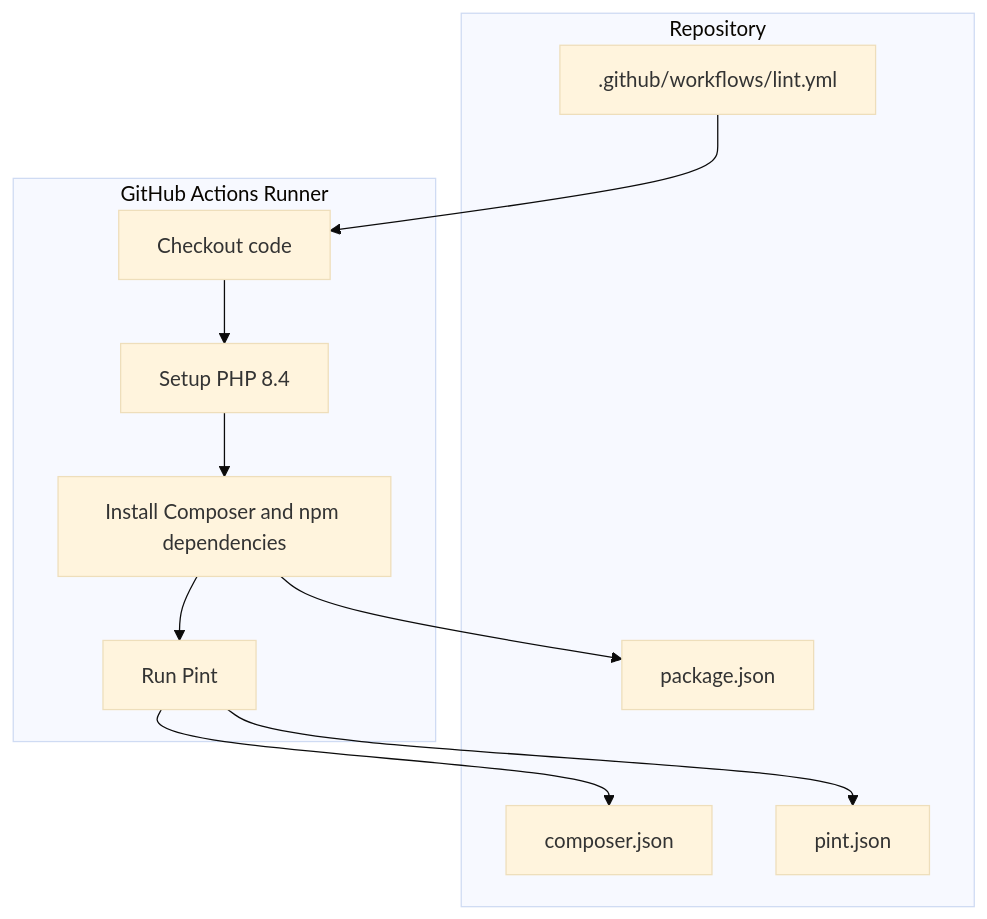
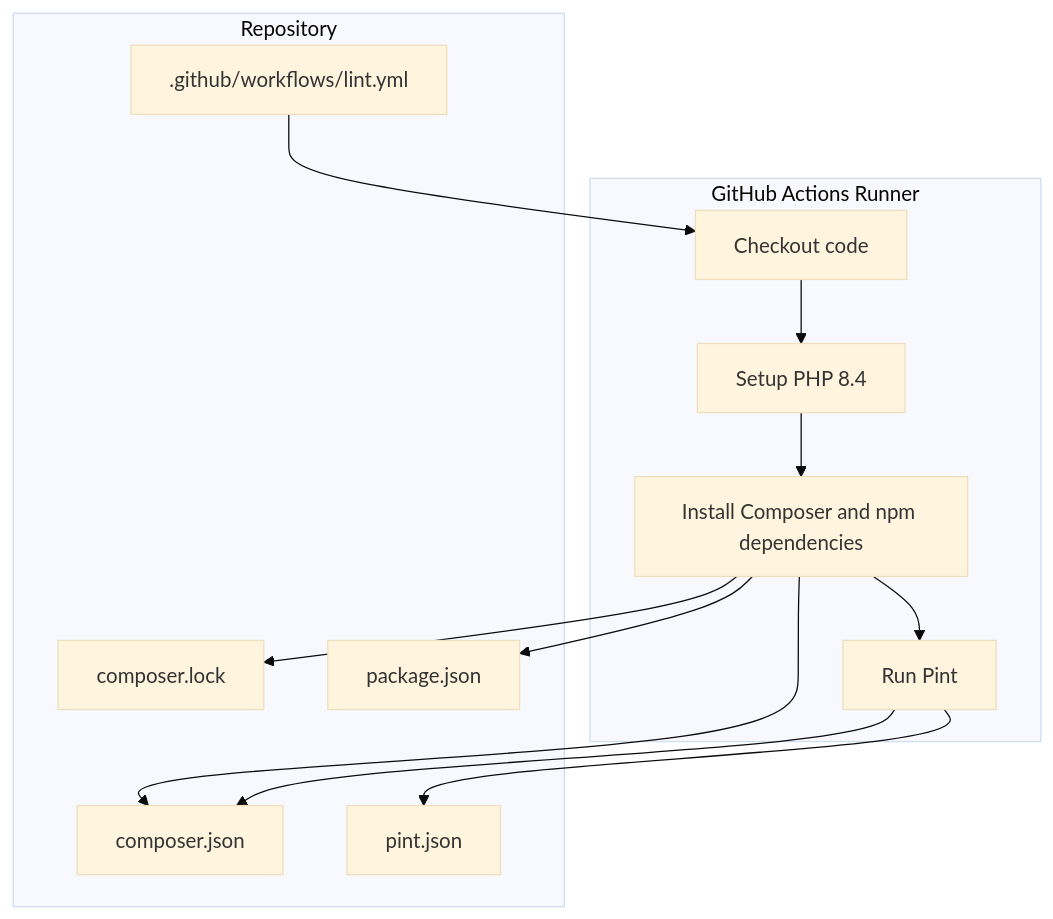
Before and after one commit to Seaseole/Highblossom: the first of 8 diagrams in .qoder/repowiki/en/content/Deployment & DevOps/Deployment Strategies & CI_CD/CI_CD Pipeline Configuration.md, drawn with Mermaid (base theme). The commit also changed other lines of this file and 833 other files, not shown here.

````diff
--- a/.qoder/repowiki/en/content/Deployment & DevOps/Deployment Strategies & CI_CD/CI_CD Pipeline Configuration.md
+++ b/.qoder/repowiki/en/content/Deployment & DevOps/Deployment Strategies & CI_CD/CI_CD Pipeline Configuration.md
@@ -31,21 +39,24 @@
 ```mermaid
 graph TB
   subgraph "Repository"
     GH[".github/workflows/lint.yml"]
     COMPOSER["composer.json"]
+    LOCK["composer.lock"]
     PINT["pint.json"]
     NPM["package.json"]
   end
 
   subgraph "GitHub Actions Runner"
     CHECKOUT["Checkout code"]
     SETUP_PHP["Setup PHP 8.4"]
     DEPS["Install Composer and npm dependencies"]
     LINT["Run Pint"]
   end
 
   GH --> CHECKOUT --> SETUP_PHP --> DEPS --> LINT
   LINT --> COMPOSER
   LINT --> PINT
+  DEPS --> COMPOSER
+  DEPS --> LOCK
   DEPS --> NPM
 ```
````
